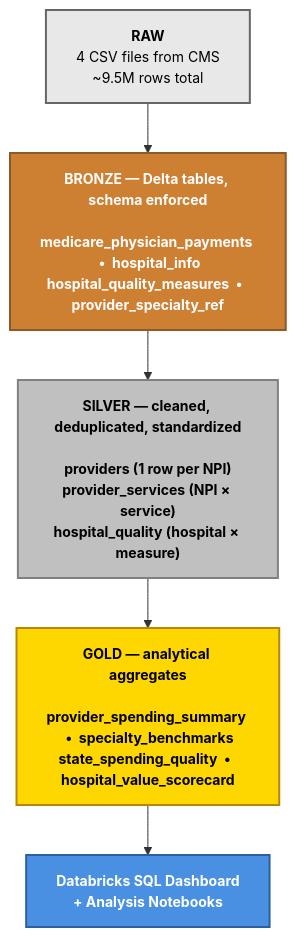
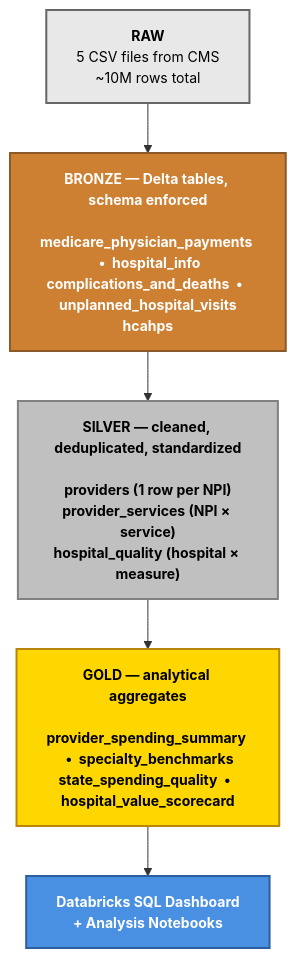
The diagram in docs/architecture.md (aryobeen007/medicare-provider-spending-vs-quality), drawn with Mermaid before and after one commit. The commit also changed other lines of this file and 5 other files, not shown here.

Commit message:
Phase 2 bronze: four bronze tables built; docs updated to reflect actual source files and dropped specialty reference

````diff
--- a/docs/architecture.md
+++ b/docs/architecture.md
@@ -7,23 +7,23 @@
 ```mermaid
 flowchart TD
     classDef rawStyle fill:#e8e8e8,stroke:#666,stroke-width:2px,color:#000,font-size:14px
     classDef bronzeStyle fill:#cd7f32,stroke:#8b5a2b,stroke-width:2px,color:#fff,font-size:14px,font-weight:bold
     classDef silverStyle fill:#c0c0c0,stroke:#808080,stroke-width:2px,color:#000,font-size:14px,font-weight:bold
     classDef goldStyle fill:#ffd700,stroke:#b8860b,stroke-width:2px,color:#000,font-size:14px,font-weight:bold
     classDef outputStyle fill:#4a90e2,stroke:#2c5f9e,stroke-width:2px,color:#fff,font-size:14px,font-weight:bold
 
-    RAW["<b>RAW</b><br/>4 CSV files from CMS<br/>~9.5M rows total"]:::rawStyle
+    RAW["<b>RAW</b><br/>5 CSV files from CMS<br/>~10M rows total"]:::rawStyle
 
-    BRONZE["<b>BRONZE</b> — Delta tables, schema enforced<br/><br/>medicare_physician_payments &nbsp;•&nbsp; hospital_info<br/>hospital_quality_measures &nbsp;•&nbsp; provider_specialty_ref"]:::bronzeStyle
+    BRONZE["<b>BRONZE</b> — Delta tables, schema enforced<br/><br/>medicare_physician_payments &nbsp;•&nbsp; hospital_info<br/>complications_and_deaths &nbsp;•&nbsp; unplanned_hospital_visits<br/>hcahps"]:::bronzeStyle
 
     SILVER["<b>SILVER</b> — cleaned, deduplicated, standardized<br/><br/>providers (1 row per NPI)<br/>provider_services (NPI × service)<br/>hospital_quality (hospital × measure)"]:::silverStyle
 
     GOLD["<b>GOLD</b> — analytical aggregates<br/><br/>provider_spending_summary &nbsp;•&nbsp; specialty_benchmarks<br/>state_spending_quality &nbsp;•&nbsp; hospital_value_scorecard"]:::goldStyle
 
     DASH["<b>Databricks SQL Dashboard</b><br/>+ Analysis Notebooks"]:::outputStyle
 
     RAW --> BRONZE
     BRONZE --> SILVER
     SILVER --> GOLD
     GOLD --> DASH
 ```
````
